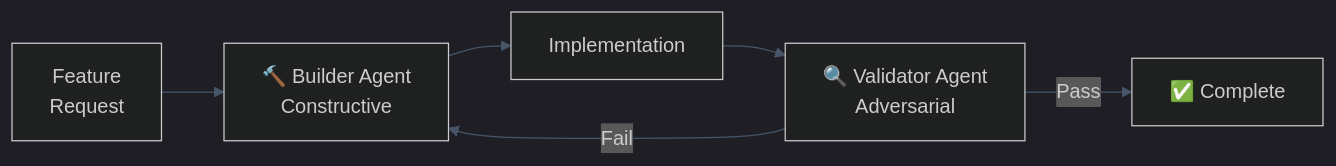
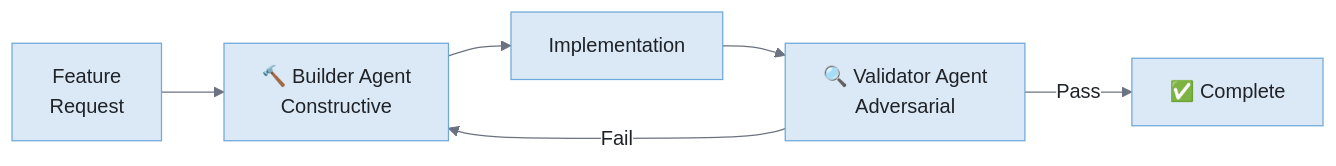
The second of 4 diagrams in alex_docs/architecture/RESEARCH-FIRST-DEVELOPMENT.md (fabioc-aloha/Alex_Plug_In), drawn with Mermaid before and after one commit. The commit also changed other lines of this file and 307 other files, not shown here.

````diff
--- a/alex_docs/architecture/RESEARCH-FIRST-DEVELOPMENT.md
+++ b/alex_docs/architecture/RESEARCH-FIRST-DEVELOPMENT.md
@@ -174,9 +174,9 @@
 ```mermaid
-%%{init: {'theme': 'dark', 'themeVariables': {'background': '#0f172a', 'primaryColor': '#1e293b', 'primaryTextColor': '#f1f5f9', 'primaryBorderColor': '#818cf8', 'lineColor': '#475569', 'secondaryColor': '#1e293b', 'secondaryBorderColor': '#2dd4bf', 'tertiaryColor': '#1e293b', 'fontFamily': 'Segoe UI, system-ui, sans-serif'}}}%%
+%%{init: {'theme': 'base', 'themeVariables': {'background': '#f8f9fa', 'primaryColor': '#dbe9f6', 'primaryTextColor': '#1f2328', 'primaryBorderColor': '#6ea8d9', 'lineColor': '#6b7280', 'secondaryColor': '#d1f5ef', 'secondaryBorderColor': '#5ab5a0', 'tertiaryColor': '#ede7f6', 'tertiaryBorderColor': '#b39ddb', 'edgeLabelBackground': '#ffffff', 'fontFamily': 'Segoe UI, system-ui, sans-serif'}}}%%
 flowchart LR
-    REQ["Feature\nRequest"] --> B["🔨 Builder Agent\nConstructive"]
+    REQ["Feature<br/>Request"] --> B["🔨 Builder Agent<br/>Constructive"]
     B --> CODE["Implementation"]
-    CODE --> V["🔍 Validator Agent\nAdversarial"]
+    CODE --> V["🔍 Validator Agent<br/>Adversarial"]
     V -->|Pass| DONE["✅ Complete"]
     V -->|Fail| B
 ```
````
